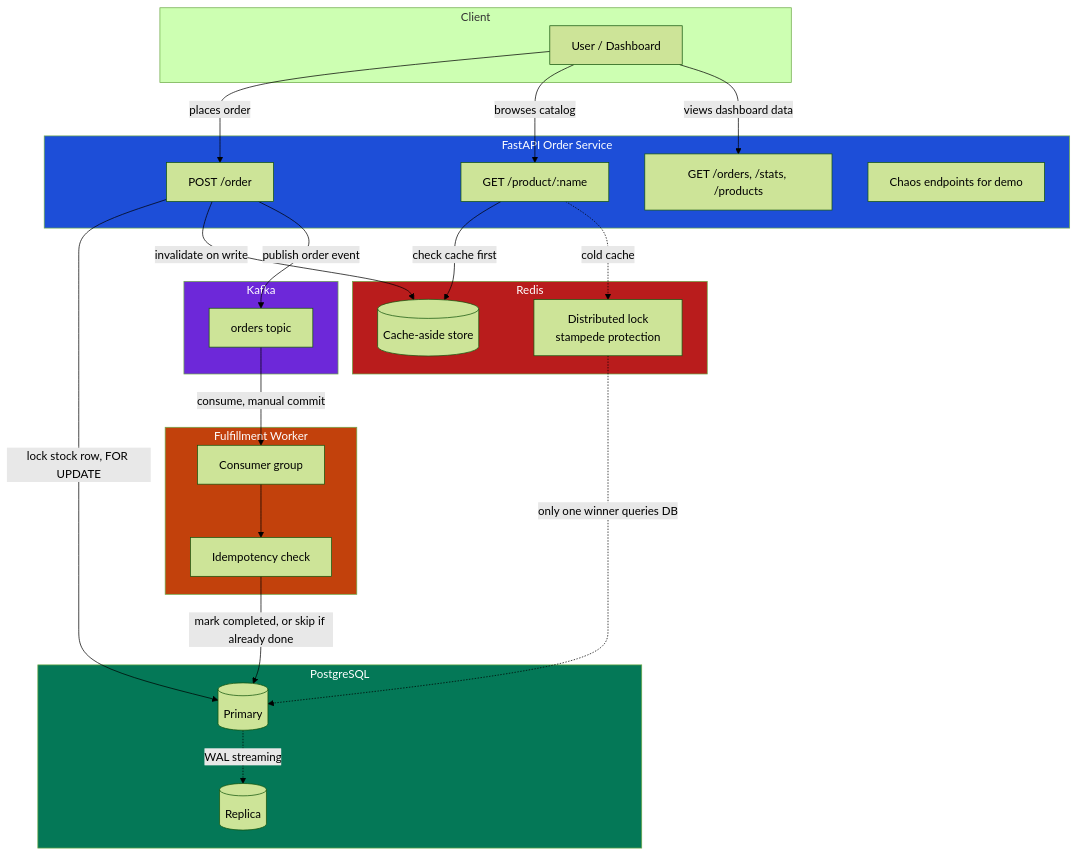
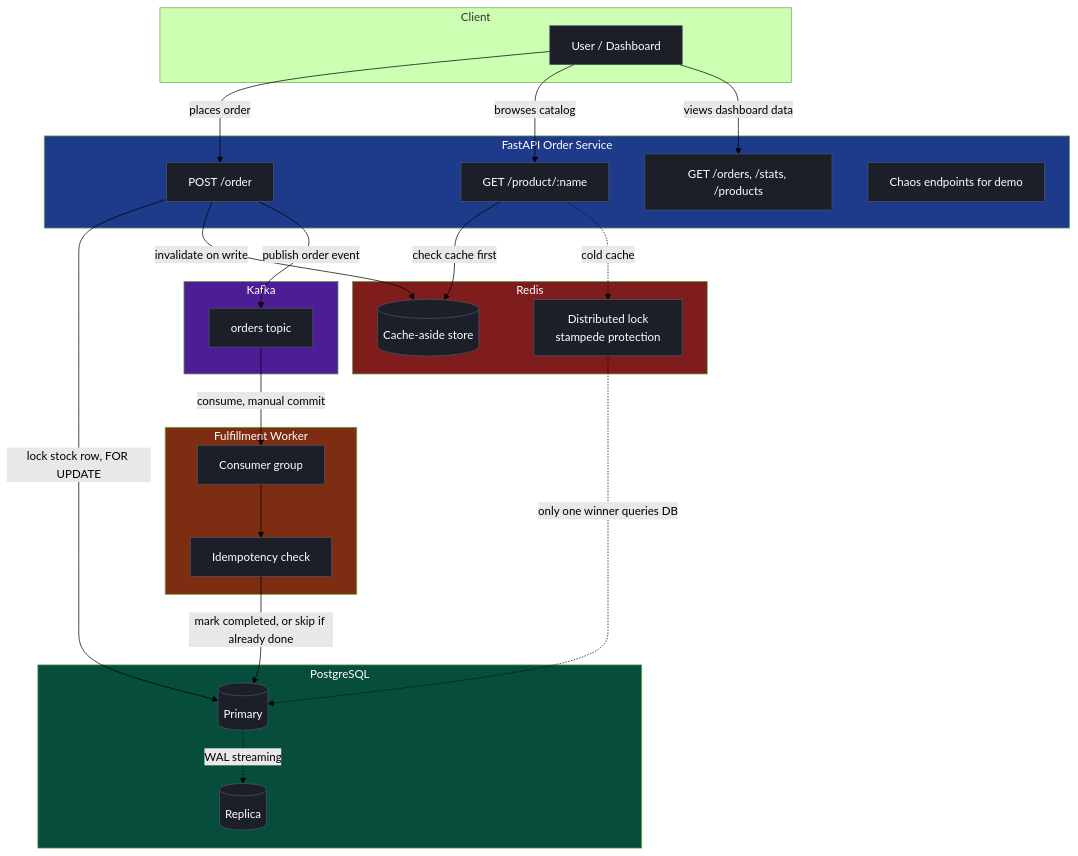
Before and after one commit to Arjunpaan/FORGE: the diagram in README.md, drawn with Mermaid (forest theme).

Commit message:
Add comprehensive README with architecture diagram, setup guide, and dashboard docs

````diff
--- a/README.md
+++ b/README.md
@@ -38,56 +38,71 @@
 ```mermaid
 graph TD
     subgraph Client
         U[User / Dashboard]
     end
 
     subgraph API["FastAPI Order Service"]
         A1[POST /order]
         A2[GET /product/:name]
         A3[GET /orders, /stats, /products]
         A4[Chaos endpoints for demo]
     end
 
     subgraph Cache["Redis"]
         R1[(Cache-aside store)]
         R2[Distributed lock<br/>stampede protection]
     end
 
     subgraph DB["PostgreSQL"]
         P1[(Primary)]
         P2[(Replica)]
     end
 
     subgraph Stream["Kafka"]
         K1[orders topic]
     end
 
     subgraph Worker["Fulfillment Worker"]
         W1[Consumer group]
         W2[Idempotency check]
     end
 
     U -->|places order| A1
     U -->|browses catalog| A2
     U -->|views dashboard data| A3
 
     A1 -->|lock stock row, FOR UPDATE| P1
     A1 -->|invalidate on write| R1
     A1 -->|publish order event| K1
 
     A2 -->|check cache first| R1
     A2 -.cold cache.-> R2
     R2 -.only one winner queries DB.-> P1
 
     P1 -.WAL streaming.-> P2
 
     K1 -->|consume, manual commit| W1
     W1 --> W2
     W2 -->|mark completed, or skip if already done| P1
 
-    style API fill:#1d4ed8,color:#fff
-    style Cache fill:#b91c1c,color:#fff
-    style DB fill:#047857,color:#fff
-    style Stream fill:#6d28d9,color:#fff
-    style Worker fill:#c2410c,color:#fff
+    style API fill:#1e3a8a,color:#ffffff
+    style Cache fill:#7f1d1d,color:#ffffff
+    style DB fill:#064e3b,color:#ffffff
+    style Stream fill:#4c1d95,color:#ffffff
+    style Worker fill:#7c2d12,color:#ffffff
+
+    style U fill:#1c1f28,color:#ffffff,stroke:#475569
+    style A1 fill:#1c1f28,color:#ffffff,stroke:#475569
+    style A2 fill:#1c1f28,color:#ffffff,stroke:#475569
+    style A3 fill:#1c1f28,color:#ffffff,stroke:#475569
+    style A4 fill:#1c1f28,color:#ffffff,stroke:#475569
+    style R1 fill:#1c1f28,color:#ffffff,stroke:#475569
+    style R2 fill:#1c1f28,color:#ffffff,stroke:#475569
+    style P1 fill:#1c1f28,color:#ffffff,stroke:#475569
+    style P2 fill:#1c1f28,color:#ffffff,stroke:#475569
+    style K1 fill:#1c1f28,color:#ffffff,stroke:#475569
+    style W1 fill:#1c1f28,color:#ffffff,stroke:#475569
+    style W2 fill:#1c1f28,color:#ffffff,stroke:#475569
+
+
 ```
````
